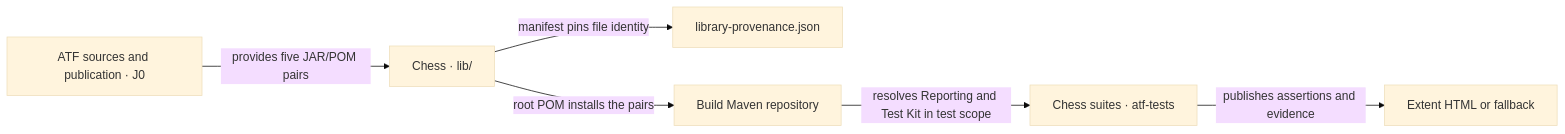
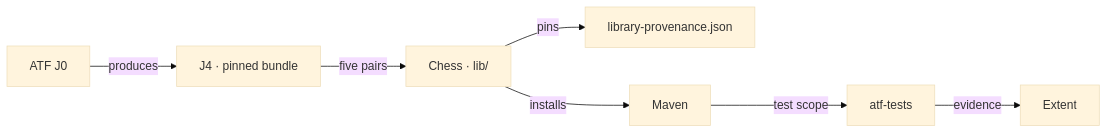
Before and after one commit to crististefanita/atf_j7: the diagram in lib/README.md, drawn with Mermaid (base theme). The commit also changed other lines of this file and 29 other files, not shown here.

````diff
--- a/lib/README.md
+++ b/lib/README.md
@@ -8,8 +10,16 @@
 ```mermaid
 flowchart LR
-    J0["ATF sources and publication · J0"] -->|provides five JAR/POM pairs| Lib["Chess · lib/"]
-    Lib -->|manifest pins file identity| Provenance["library-provenance.json"]
-    Lib -->|root POM installs the pairs| Maven["Build Maven repository"]
-    Maven -->|resolves Reporting and Test Kit in test scope| Suite["Chess suites · atf-tests"]
-    Suite -->|publishes assertions and evidence| Extent["Extent HTML or fallback"]
+    J0["ATF J0"]
+    Donor["J4 · pinned bundle"]
+    Lib["Chess · lib/"]
+    Provenance["library-provenance.json"]
+    Maven["Maven"]
+    Suite["atf-tests"]
+    Extent["Extent"]
+    J0 -->|produces| Donor
+    Donor -->|five pairs| Lib
+    Lib -->|pins| Provenance
+    Lib -->|installs| Maven
+    Maven -->|test scope| Suite
+    Suite -->|evidence| Extent
 ```
````
